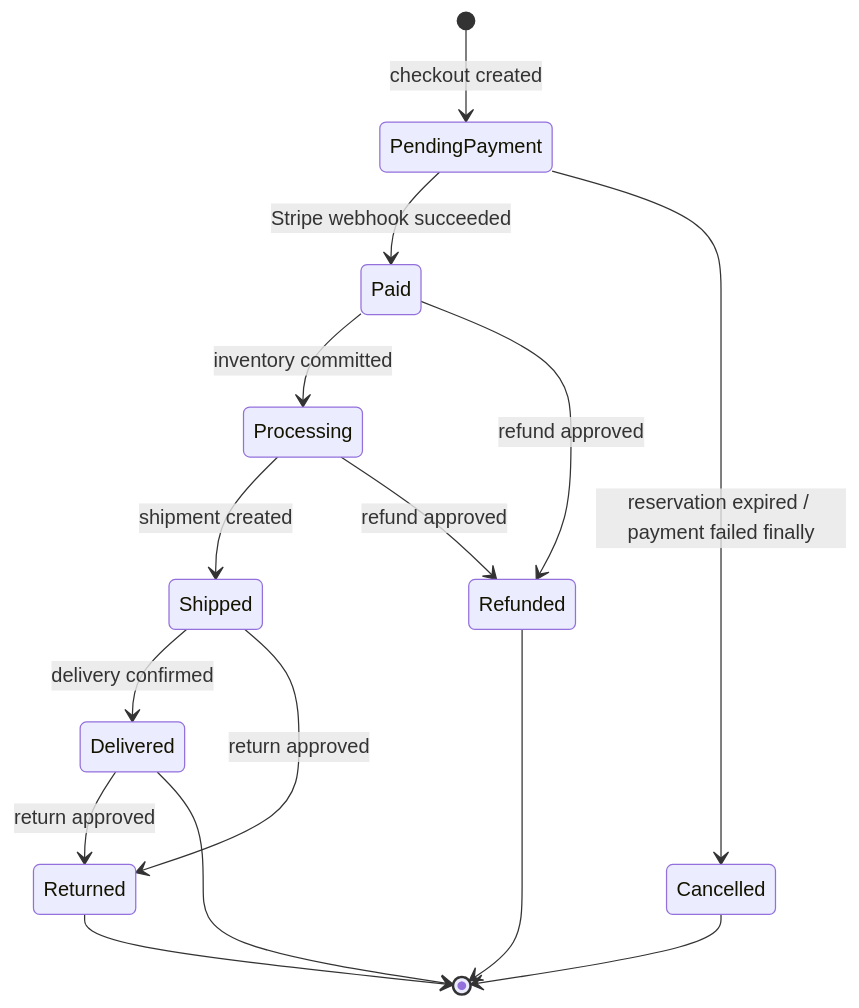
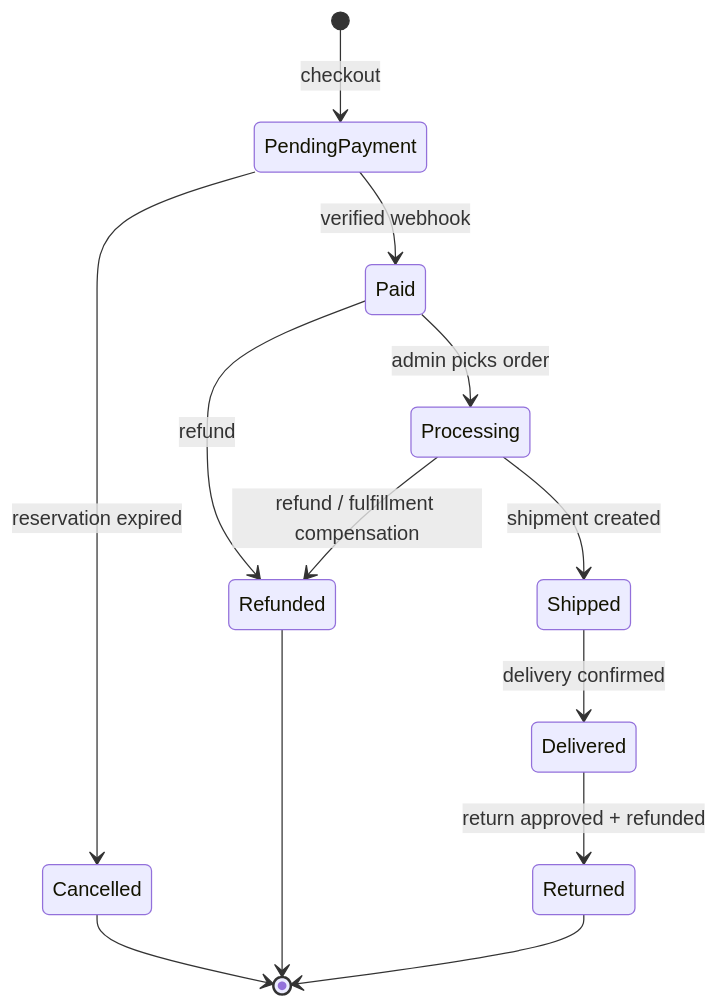
Before and after one commit to robmars123/Ecommerce: the third of 6 diagrams in docs/ecommerce-architecture.md, drawn with Mermaid. The commit also changed other lines of this file and 227 other files, not shown here.

````diff
--- a/docs/ecommerce-architecture.md
+++ b/docs/ecommerce-architecture.md
@@ -316,17 +327,15 @@
 ```mermaid
 stateDiagram-v2
-    [*] --> PendingPayment : checkout created
-    PendingPayment --> Paid : Stripe webhook succeeded
-    PendingPayment --> Cancelled : reservation expired / payment failed finally
-    Paid --> Processing : inventory committed
+    [*] --> PendingPayment : checkout
+    PendingPayment --> Paid : verified webhook
+    PendingPayment --> Cancelled : reservation expired
+    Paid --> Processing : admin picks order
+    Paid --> Refunded : refund
     Processing --> Shipped : shipment created
+    Processing --> Refunded : refund / fulfillment compensation
     Shipped --> Delivered : delivery confirmed
-    Paid --> Refunded : refund approved
-    Processing --> Refunded : refund approved
-    Shipped --> Returned : return approved
-    Delivered --> Returned : return approved
+    Delivered --> Returned : return approved + refunded
     Cancelled --> [*]
-    Delivered --> [*]
     Refunded --> [*]
     Returned --> [*]
 ```
````
